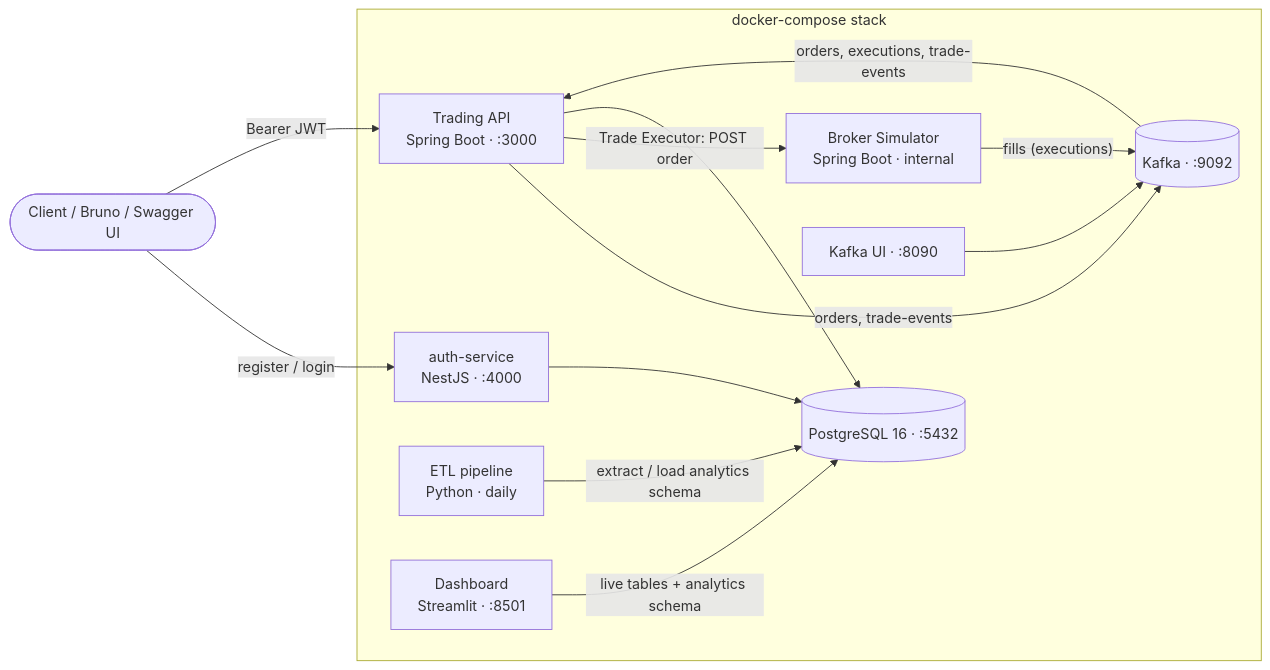
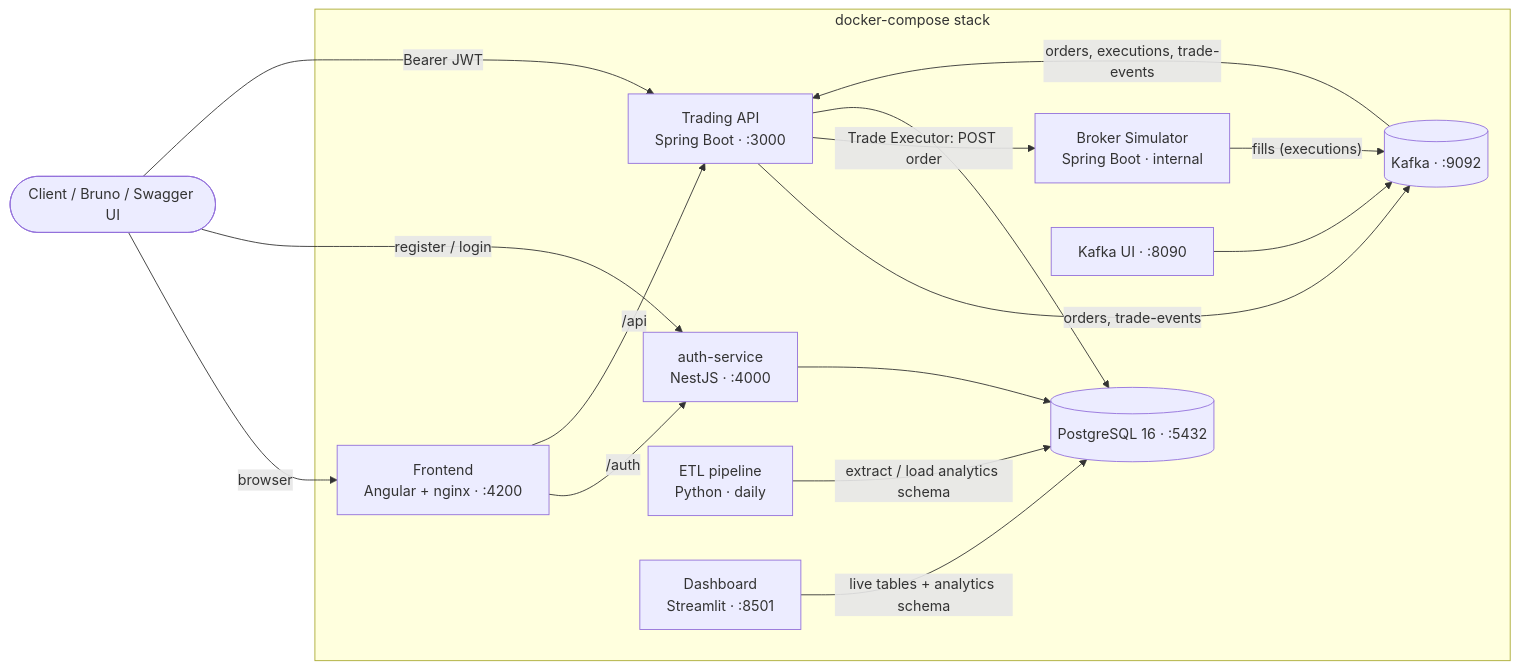
One commit to NathanCarr10/TNS-Capital changed the diagram in README.md. Above: the diagram before and after it, drawn with Mermaid. The commit also changed other lines of this file and 4 other files, not shown here.

````diff
--- a/README.md
+++ b/README.md
@@ -29,27 +29,31 @@
 ```mermaid
 flowchart LR
     client([Client / Bruno / Swagger UI])
 
     subgraph stack[docker-compose stack]
+        web[Frontend<br/>Angular + nginx · :4200]
         auth[auth-service<br/>NestJS · :4000]
         app[Trading API<br/>Spring Boot · :3000]
         broker[Broker Simulator<br/>Spring Boot · internal]
         kafka[(Kafka · :9092)]
         pg[(PostgreSQL 16 · :5432)]
         etl[ETL pipeline<br/>Python · daily]
         dash[Dashboard<br/>Streamlit · :8501]
         ui[Kafka UI · :8090]
     end
 
+    client -- "browser" --> web
+    web -- "/auth" --> auth
+    web -- "/api" --> app
     client -- "register / login" --> auth
     client -- "Bearer JWT" --> app
     auth --> pg
     app -- "orders, trade-events" --> kafka
     kafka -- "orders, executions, trade-events" --> app
     app -- "Trade Executor: POST order" --> broker
     broker -- "fills (executions)" --> kafka
     app --> pg
     etl -- "extract / load analytics schema" --> pg
     dash -- "live tables + analytics schema" --> pg
     ui --> kafka
 ```
````
